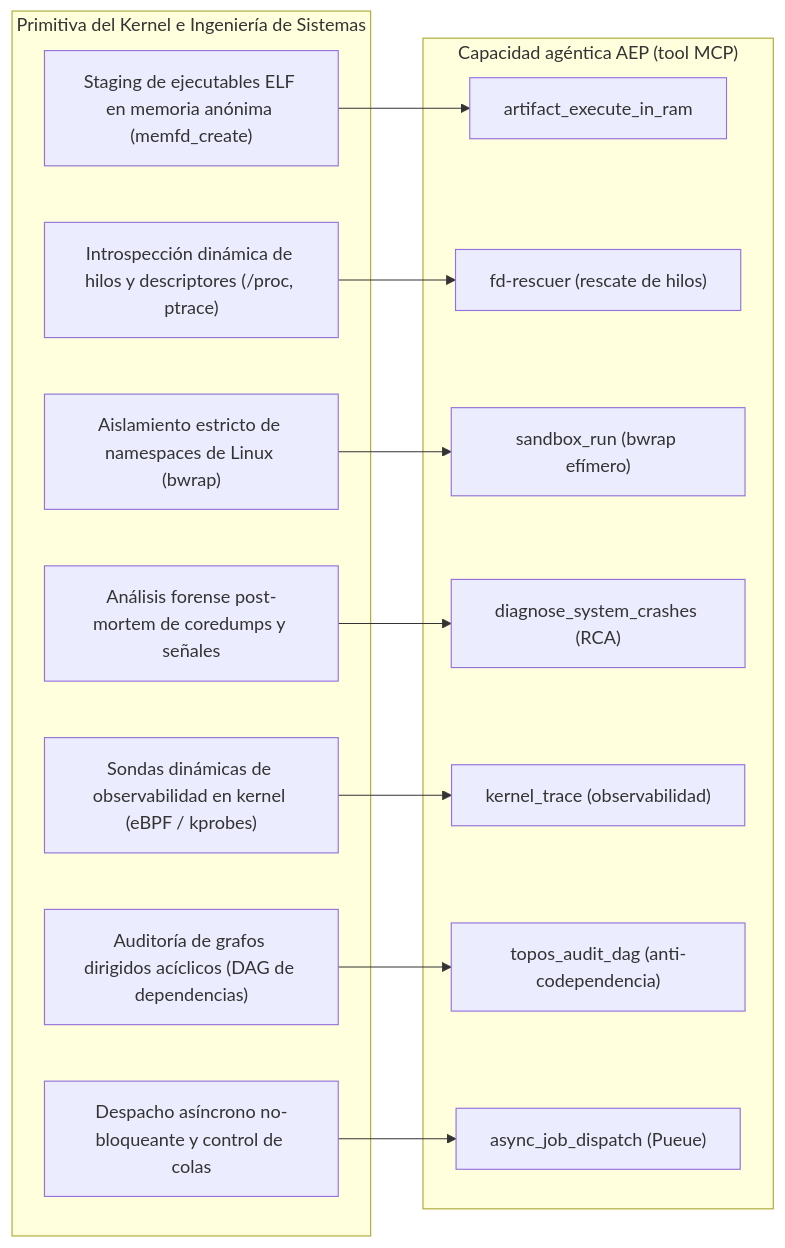
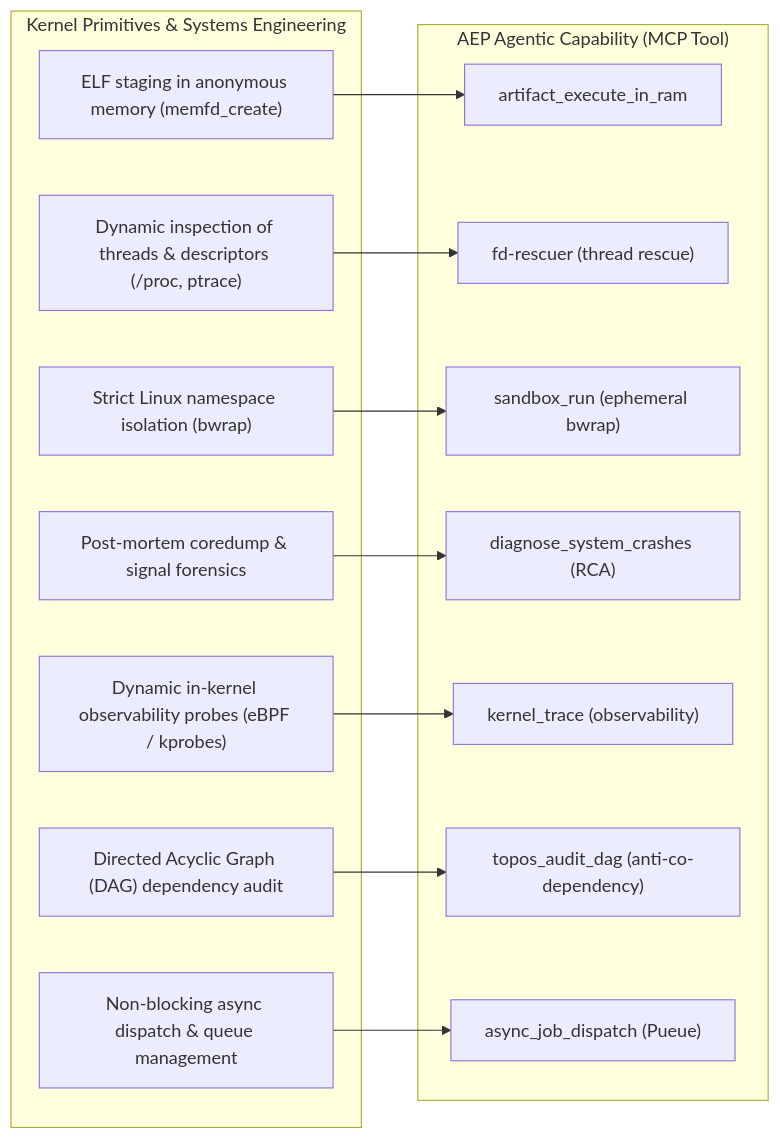
Before and after one commit to ancrz/agent-execution-plane: the third of 16 diagrams in README.md, drawn with Mermaid. The commit also changed other lines of this file, not shown here.

Commit message:
docs(readme): translate entire specification to English and fix Mermaid diagram syntax errors

````diff
--- a/README.md
+++ b/README.md
@@ -208,28 +210,28 @@
 ```mermaid
 flowchart LR
-    subgraph Off["Primitiva del Kernel e Ingeniería de Sistemas"]
-        O1["Staging de ejecutables ELF en memoria anónima (memfd_create)"]
-        O2["Introspección dinámica de hilos y descriptores (/proc, ptrace)"]
-        O3["Aislamiento estricto de namespaces de Linux (bwrap)"]
-        O4["Análisis forense post-mortem de coredumps y señales"]
-        O5["Sondas dinámicas de observabilidad en kernel (eBPF / kprobes)"]
-        O6["Auditoría de grafos dirigidos acíclicos (DAG de dependencias)"]
-        O7["Despacho asíncrono no-bloqueante y control de colas"]
+    subgraph Off["Kernel Primitives & Systems Engineering"]
+        O1["ELF staging in anonymous memory (memfd_create)"]
+        O2["Dynamic inspection of threads & descriptors (/proc, ptrace)"]
+        O3["Strict Linux namespace isolation (bwrap)"]
+        O4["Post-mortem coredump & signal forensics"]
+        O5["Dynamic in-kernel observability probes (eBPF / kprobes)"]
+        O6["Directed Acyclic Graph (DAG) dependency audit"]
+        O7["Non-blocking async dispatch & queue management"]
     end
-    subgraph Ag["Capacidad agéntica AEP (tool MCP)"]
+    subgraph Ag["AEP Agentic Capability (MCP Tool)"]
         A1["artifact_execute_in_ram"]
-        A2["fd-rescuer (rescate de hilos)"]
-        A3["sandbox_run (bwrap efímero)"]
+        A2["fd-rescuer (thread rescue)"]
+        A3["sandbox_run (ephemeral bwrap)"]
         A4["diagnose_system_crashes (RCA)"]
-        A5["kernel_trace (observabilidad)"]
-        A6["topos_audit_dag (anti-codependencia)"]
+        A5["kernel_trace (observability)"]
+        A6["topos_audit_dag (anti-co-dependency)"]
         A7["async_job_dispatch (Pueue)"]
     end
     O1 --> A1
     O2 --> A2
     O3 --> A3
     O4 --> A4
     O5 --> A5
     O6 --> A6
     O7 --> A7
 ```
````
